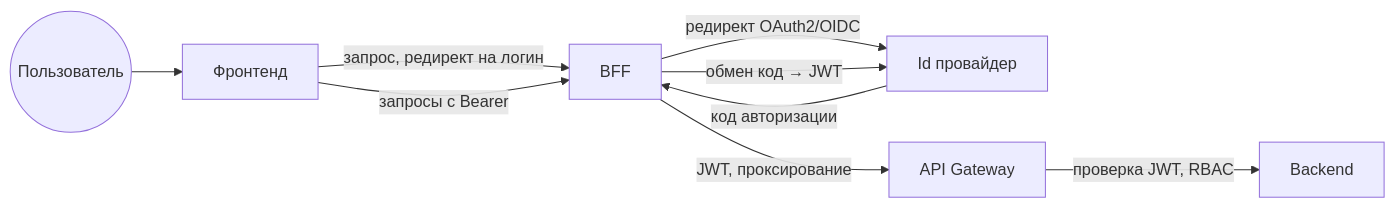
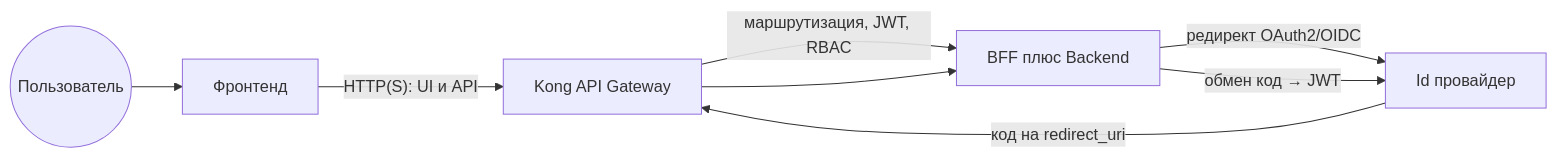
Before and after one commit to Trump68/infra: the third of 19 diagrams in Farmadoc_documentation/1.Пояснительная записка к техническому проекту.md, drawn with Mermaid. The commit also changed other lines of this file, not shown here.

First line of the commit message:
docs: update Фармадок documentation to clarify architecture and service integration

````diff
--- a/Farmadoc_documentation/1.Пояснительная записка к техническому проекту.md
+++ b/Farmadoc_documentation/1.Пояснительная записка к техническому проекту.md
@@ -605,11 +605,10 @@
 ```mermaid
 flowchart LR
   User((Пользователь)) --> Frontend[Фронтенд]
-  Frontend -->|"запрос, редирект на логин"| BFF[BFF]
-  BFF -->|"редирект OAuth2/OIDC"| IdP[Id провайдер]
-  IdP -->|"код авторизации"| BFF
-  BFF -->|"обмен код → JWT"| IdP
-  Frontend -->|"запросы с Bearer"| BFF
-  BFF -->|"JWT, проксирование"| Gateway[API Gateway]
-  Gateway -->|"проверка JWT, RBAC"| Backend[Backend]
+  Frontend -->|"HTTP(S): UI и API"| Gateway[Kong API Gateway]
+  Gateway -->|"маршрутизация, JWT, RBAC"| App[BFF плюс Backend]
+  App -->|"редирект OAuth2/OIDC"| IdP[Id провайдер]
+  IdP -->|"код на redirect_uri"| Gateway
+  Gateway --> App
+  App -->|"обмен код → JWT"| IdP
 ```
````
